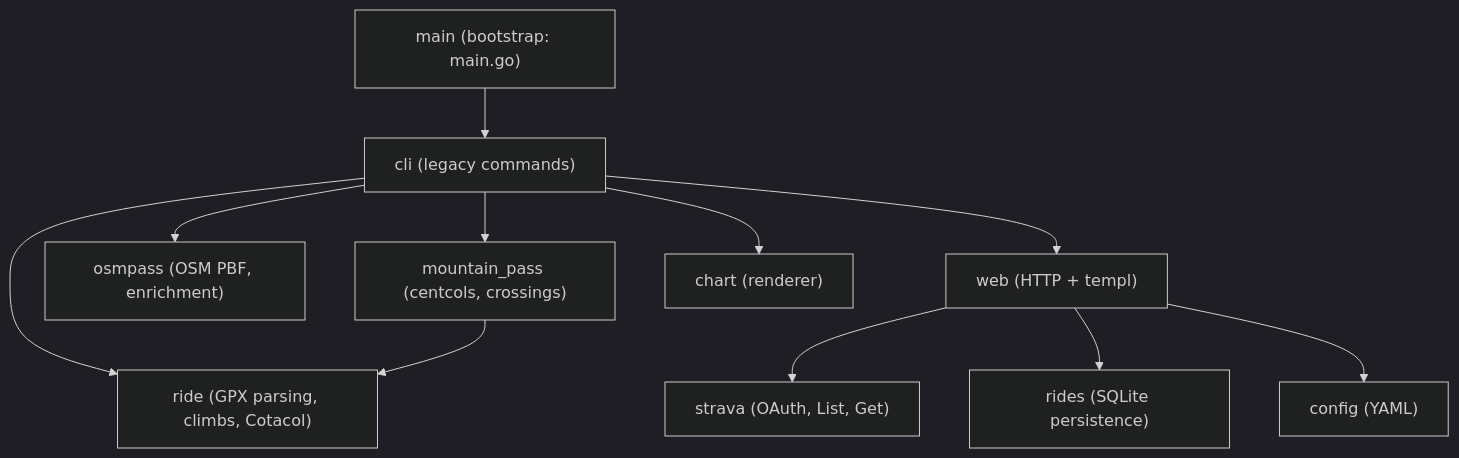
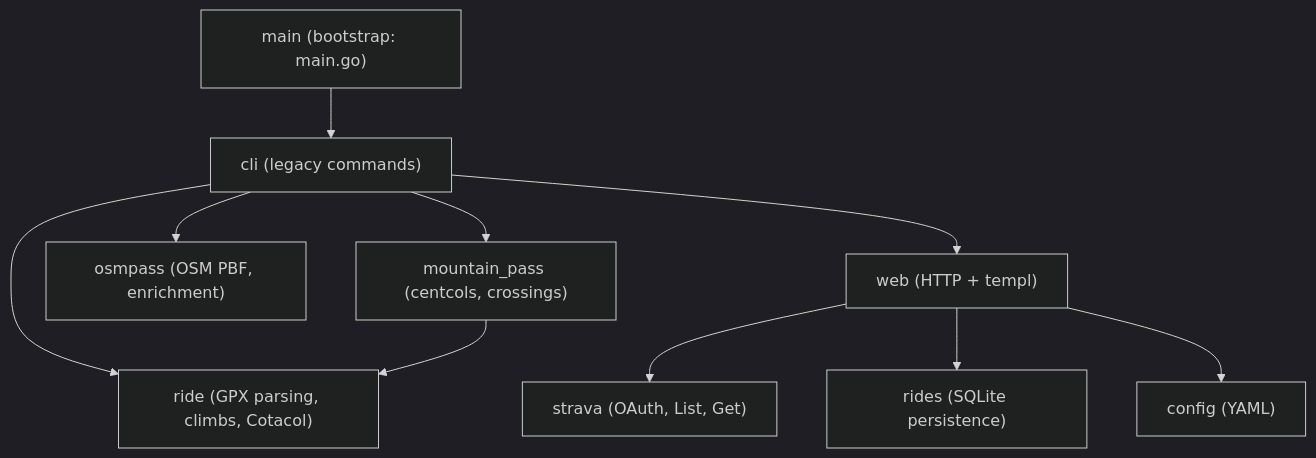
One commit to martinlehoux/biking_home changed the diagram in README.md. Above: the diagram before and after it, drawn with Mermaid (dark theme). The commit also changed other lines of this file and 5 other files, not shown here.

Commit message:
chore: remove legacy chart rendering

````diff
--- a/README.md
+++ b/README.md
@@ -97,27 +92,25 @@
 ```mermaid
 flowchart TB
     %% Arrow X --> Y means: X depends on Y
 
     main["main (bootstrap: main.go)"]
 
     ride["ride (GPX parsing, climbs, Cotacol)"]
     mpass["mountain_pass (centcols, crossings)"]
     osmpass["osmpass (OSM PBF, enrichment)"]
     strava["strava (OAuth, List, Get)"]
     rides["rides (SQLite persistence)"]
     config["config (YAML)"]
     web["web (HTTP + templ)"]
     cli["cli (legacy commands)"]
-    chart["chart (renderer)"]
 
     main --> cli
     cli --> ride
     cli --> mpass
     cli --> osmpass
     cli --> web
-    cli --> chart
     mpass --> ride
     web --> strava
     web --> rides
     web --> config
 ```
````
